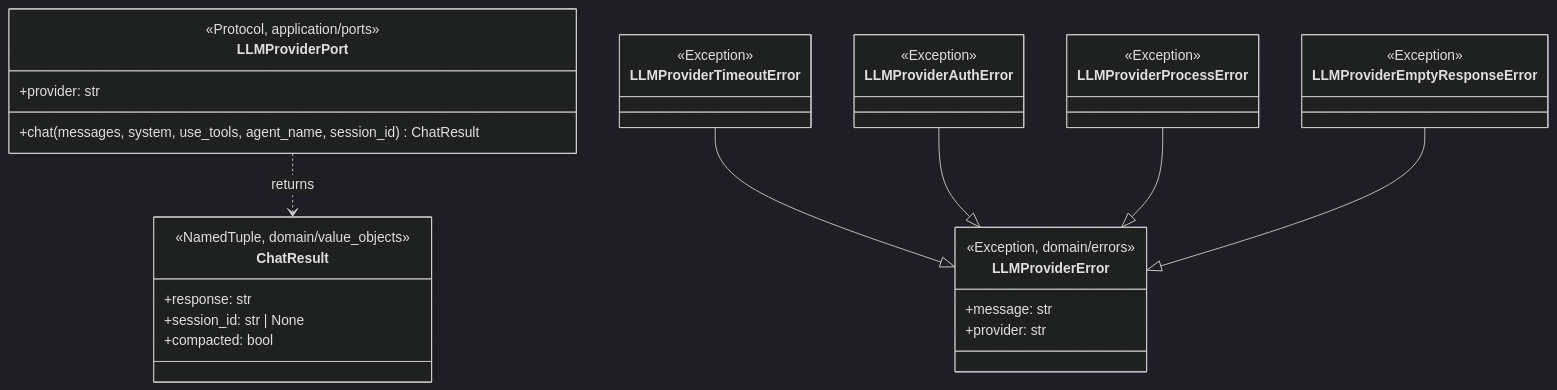
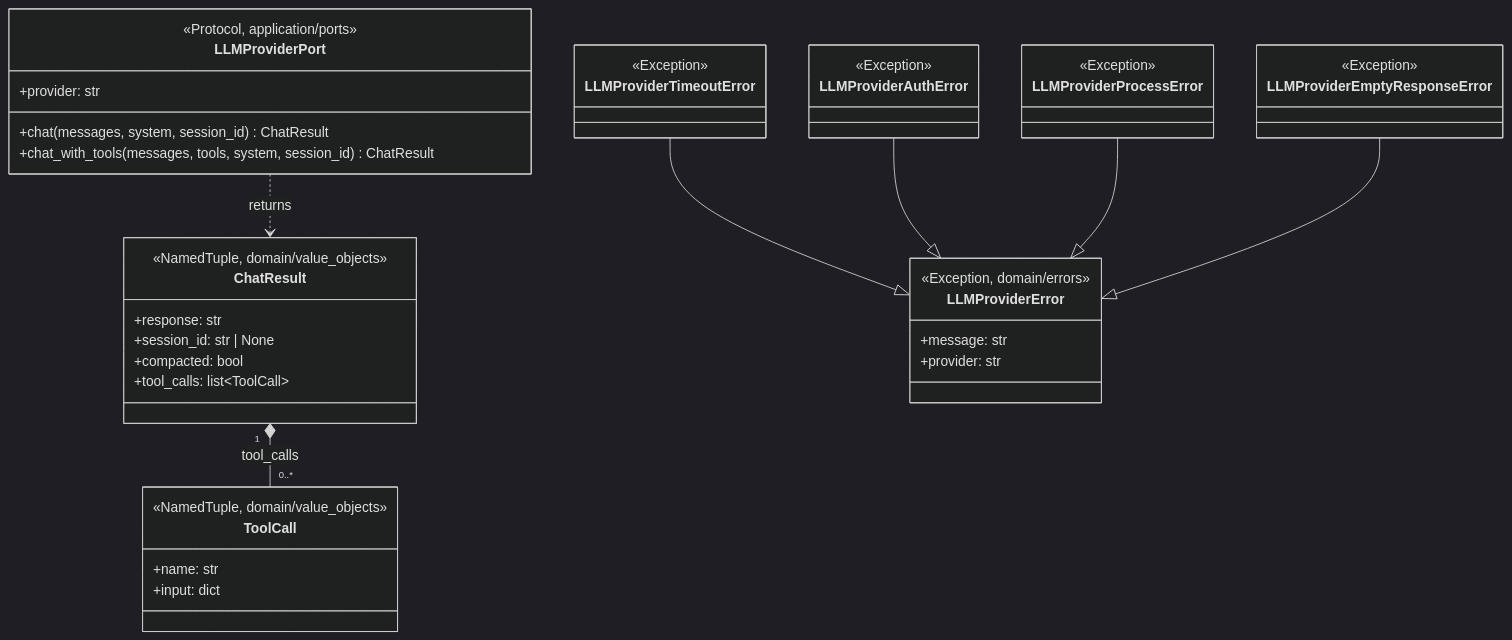
One commit to bakufu-dev/bakufu changed the first of 2 diagrams in docs/features/llm-client/domain/basic-design.md. Above: the diagram before and after it, drawn with Mermaid (dark theme). The commit also changed other lines of this file and 3 other files, not shown here.

````diff
--- a/docs/features/llm-client/domain/basic-design.md
+++ b/docs/features/llm-client/domain/basic-design.md
@@ -91,28 +101,36 @@
 ```mermaid
 classDiagram
     class LLMProviderPort {
         <<Protocol, application/ports>>
         +provider: str
-        +chat(messages, system, use_tools, agent_name, session_id) ChatResult
+        +chat(messages, system, session_id) ChatResult
+        +chat_with_tools(messages, tools, system, session_id) ChatResult
     }
     class ChatResult {
         <<NamedTuple, domain/value_objects>>
         +response: str
         +session_id: str | None
         +compacted: bool
+        +tool_calls: list~ToolCall~
+    }
+    class ToolCall {
+        <<NamedTuple, domain/value_objects>>
+        +name: str
+        +input: dict
     }
     class LLMProviderError {
         <<Exception, domain/errors>>
         +message: str
         +provider: str
     }
     class LLMProviderTimeoutError { <<Exception>> }
     class LLMProviderAuthError { <<Exception>> }
     class LLMProviderProcessError { <<Exception>> }
     class LLMProviderEmptyResponseError { <<Exception>> }
     LLMProviderPort ..> ChatResult : returns
+    ChatResult "1" *-- "0..*" ToolCall : tool_calls
     LLMProviderTimeoutError --|> LLMProviderError
     LLMProviderAuthError --|> LLMProviderError
     LLMProviderProcessError --|> LLMProviderError
     LLMProviderEmptyResponseError --|> LLMProviderError
 ```
````
